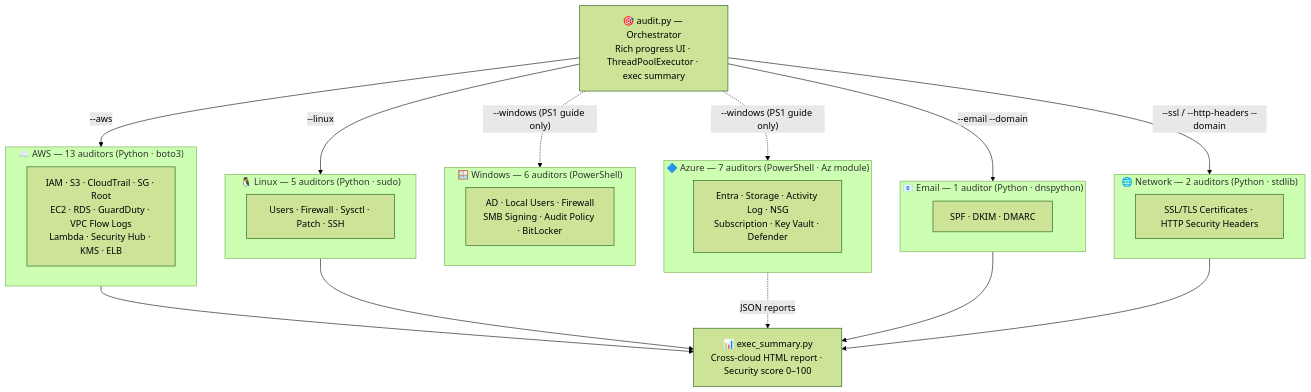
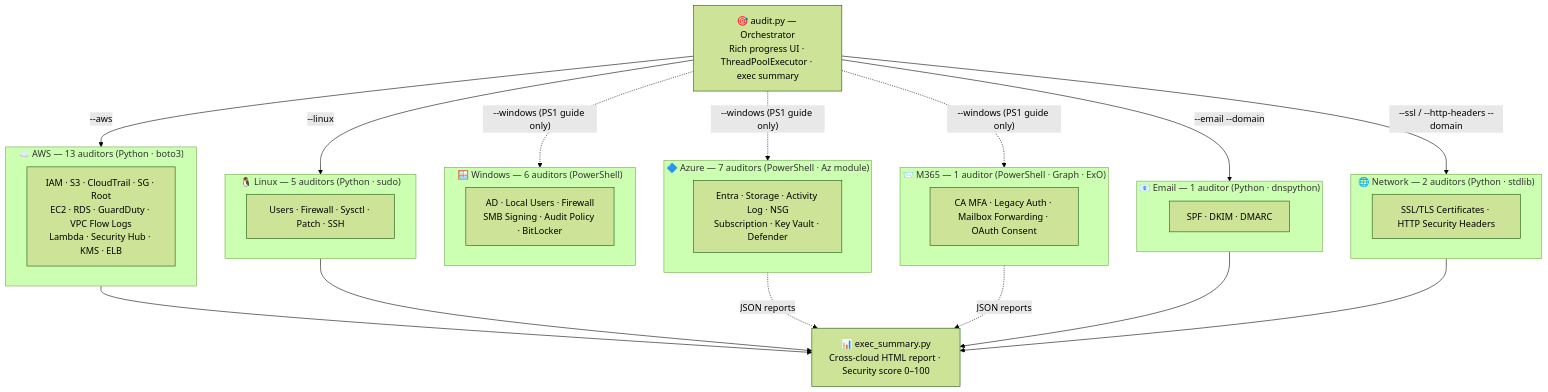
Before and after one commit to Decdd19/SecurityAuditScripts: the diagram in README.md, drawn with Mermaid (forest theme). The commit also changed other lines of this file, not shown here.

First line of the commit message:
Update README for M365 auditor and cis_control schema

````diff
--- a/README.md
+++ b/README.md
@@ -13,41 +13,47 @@
 ```mermaid
 graph TD
     O["🎯 audit.py — Orchestrator\nRich progress UI · ThreadPoolExecutor · exec summary"]
 
     subgraph AWS["☁️ AWS  —  13 auditors  (Python · boto3)"]
         A["IAM · S3 · CloudTrail · SG · Root\nEC2 · RDS · GuardDuty · VPC Flow Logs\nLambda · Security Hub · KMS · ELB"]
     end
 
     subgraph Linux["🐧 Linux  —  5 auditors  (Python · sudo)"]
         L["Users · Firewall · Sysctl · Patch · SSH"]
     end
 
     subgraph Azure["🔷 Azure  —  7 auditors  (PowerShell · Az module)"]
         AZ["Entra · Storage · Activity Log · NSG\nSubscription · Key Vault · Defender"]
+    end
+
+    subgraph M365["📨 M365  —  1 auditor  (PowerShell · Graph · ExO)"]
+        M["CA MFA · Legacy Auth · Mailbox Forwarding · OAuth Consent"]
     end
 
     subgraph Windows["🪟 Windows  —  6 auditors  (PowerShell)"]
         W["AD · Local Users · Firewall\nSMB Signing · Audit Policy · BitLocker"]
     end
 
     subgraph Email["📧 Email  —  1 auditor  (Python · dnspython)"]
         E["SPF · DKIM · DMARC"]
     end
 
     subgraph Network["🌐 Network  —  2 auditors  (Python · stdlib)"]
         N["SSL/TLS Certificates · HTTP Security Headers"]
     end
 
     O -->|"--aws"| AWS
     O -->|"--linux"| Linux
     O -.->|"--windows (PS1 guide only)"| Azure
     O -.->|"--windows (PS1 guide only)"| Windows
+    O -.->|"--windows (PS1 guide only)"| M365
     O -->|"--email --domain"| Email
     O -->|"--ssl / --http-headers --domain"| Network
 
     AWS --> S["📊 exec_summary.py\nCross-cloud HTML report · Security score 0–100"]
     Linux --> S
     Azure -.->|"JSON reports"| S
+    M365 -.->|"JSON reports"| S
     Email --> S
     Network --> S
 ```
````
